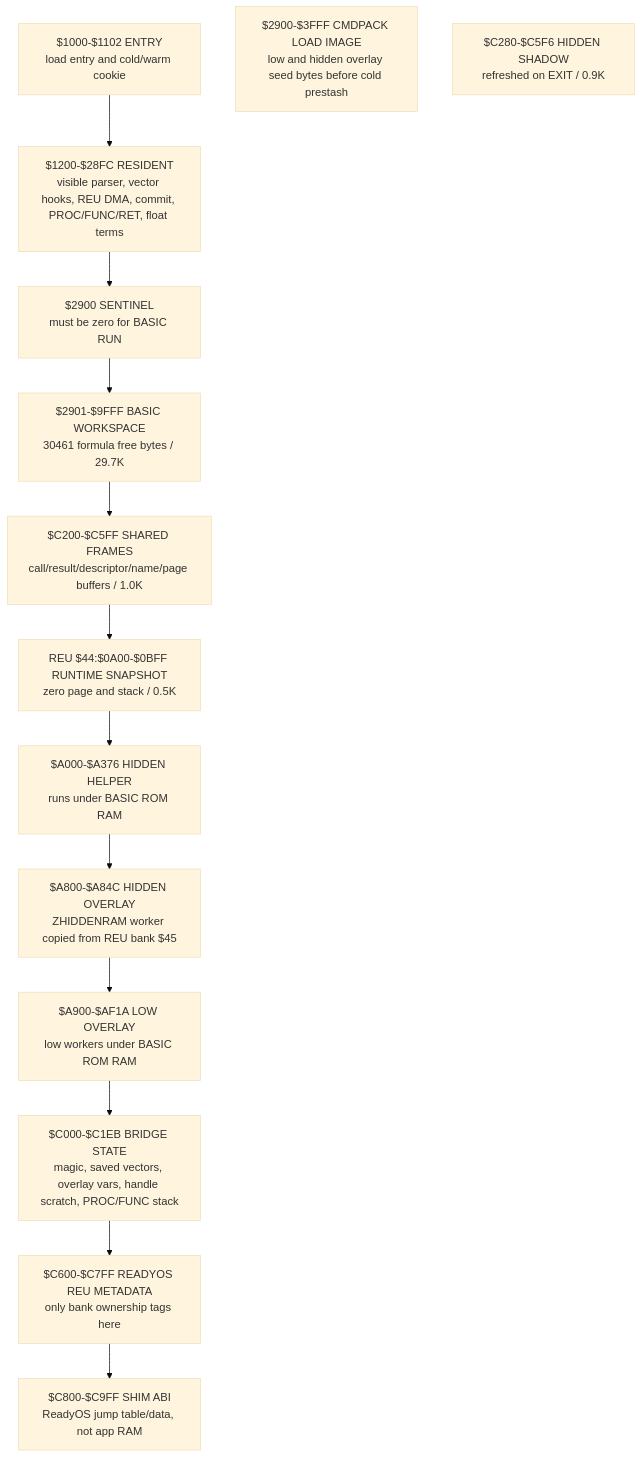
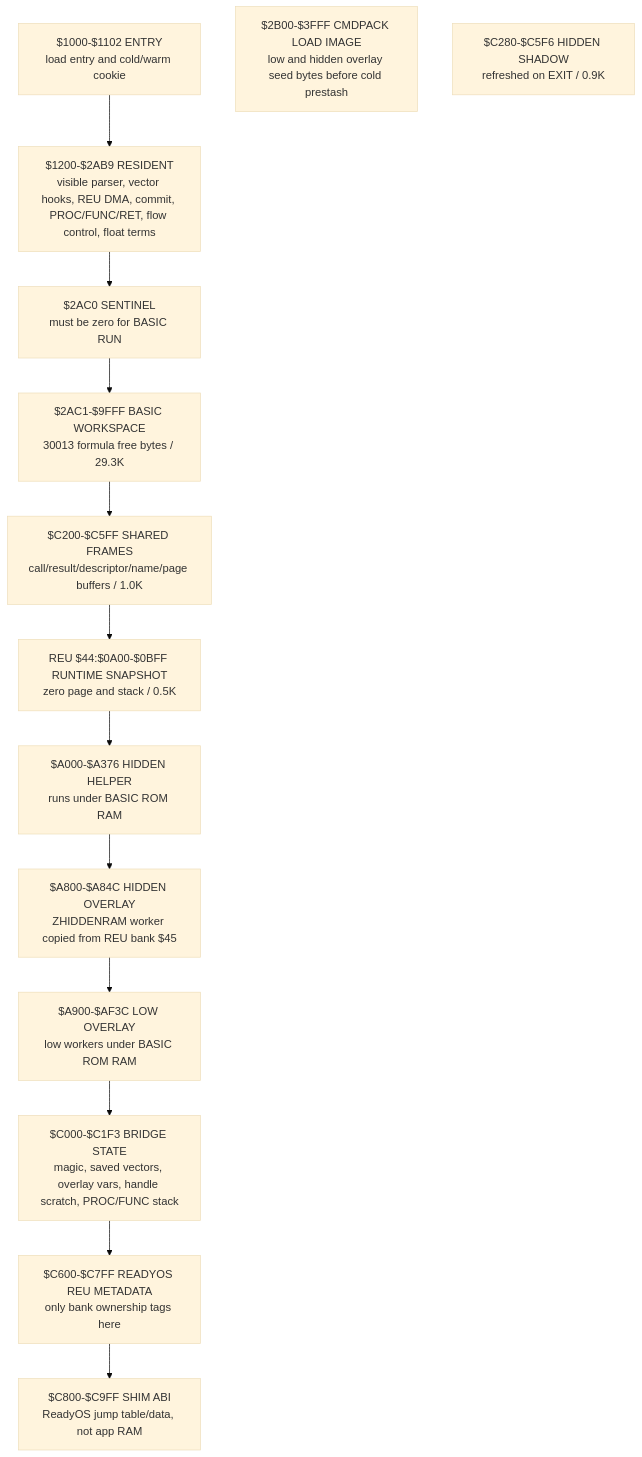
One commit to 123Onetwothree123/6502 changed the first of 8 diagrams in src/apps/readybasic/READYBASIC_LIFECYCLE_AND_REU_ARCHITECTURE.md. Above: the diagram before and after it, drawn with Mermaid (base theme). The commit also changed other lines of this file and 9 other files, not shown here.

Commit message:
Update ReadyBASIC memory and flow docs

````diff
--- a/src/apps/readybasic/READYBASIC_LIFECYCLE_AND_REU_ARCHITECTURE.md
+++ b/src/apps/readybasic/READYBASIC_LIFECYCLE_AND_REU_ARCHITECTURE.md
@@ -95,20 +96,20 @@
 ```mermaid
 flowchart TB
   A["$1000-$1102 ENTRY<br/>load entry and cold/warm cookie"]
-  B["$1200-$28FC RESIDENT<br/>visible parser, vector hooks, REU DMA, commit, PROC/FUNC/RET, float terms"]
-  C["$2900 SENTINEL<br/>must be zero for BASIC RUN"]
-  D["$2901-$9FFF BASIC WORKSPACE<br/>30461 formula free bytes / 29.7K"]
-  E["$2900-$3FFF CMDPACK LOAD IMAGE<br/>low and hidden overlay seed bytes before cold prestash"]
+  B["$1200-$2AB9 RESIDENT<br/>visible parser, vector hooks, REU DMA, commit, PROC/FUNC/RET, flow control, float terms"]
+  C["$2AC0 SENTINEL<br/>must be zero for BASIC RUN"]
+  D["$2AC1-$9FFF BASIC WORKSPACE<br/>30013 formula free bytes / 29.3K"]
+  E["$2B00-$3FFF CMDPACK LOAD IMAGE<br/>low and hidden overlay seed bytes before cold prestash"]
   F["REU $44:$0A00-$0BFF RUNTIME SNAPSHOT<br/>zero page and stack / 0.5K"]
   G["$C200-$C5FF SHARED FRAMES<br/>call/result/descriptor/name/page buffers / 1.0K"]
   I["$C280-$C5F6 HIDDEN SHADOW<br/>refreshed on EXIT / 0.9K"]
   J["$A000-$A376 HIDDEN HELPER<br/>runs under BASIC ROM RAM"]
   K["$A800-$A84C HIDDEN OVERLAY<br/>ZHIDDENRAM worker copied from REU bank $45"]
-  O["$A900-$AF1A LOW OVERLAY<br/>low workers under BASIC ROM RAM"]
-  L["$C000-$C1EB BRIDGE STATE<br/>magic, saved vectors, overlay vars, handle scratch, PROC/FUNC stack"]
+  O["$A900-$AF3C LOW OVERLAY<br/>low workers under BASIC ROM RAM"]
+  L["$C000-$C1F3 BRIDGE STATE<br/>magic, saved vectors, overlay vars, handle scratch, PROC/FUNC stack"]
   M["$C600-$C7FF READYOS REU METADATA<br/>only bank ownership tags here"]
   N["$C800-$C9FF SHIM ABI<br/>ReadyOS jump table/data, not app RAM"]
 
   A --> B --> C --> D --> G
   G --> F --> J --> K --> O --> L --> M --> N
 ```
````
